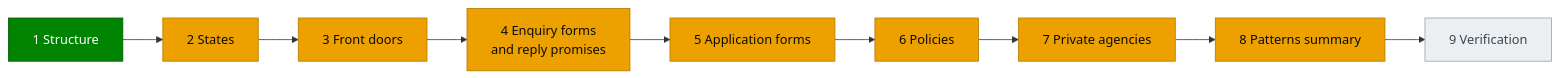
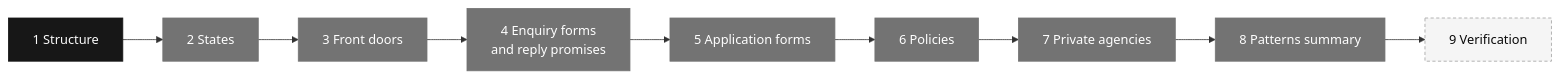
One commit to jamiegannaway/kinderform changed the diagram in docs/us-survey-plan.md. Above: the diagram before and after it, drawn with Mermaid. The commit also changed other lines of this file and 19 other files, not shown here.

First line of the commit message:
Charts: shadcn/ui chart style on the site and in the GitHub charts

````diff
--- a/docs/us-survey-plan.md
+++ b/docs/us-survey-plan.md
@@ -29,16 +29,16 @@
 ```mermaid
 flowchart LR
     P1["1 Structure"]:::done
     P2["2 States"]:::partial
     P3["3 Front doors"]:::partial
     P4["4 Enquiry forms<br>and reply promises"]:::partial
     P5["5 Application forms"]:::partial
     P6["6 Policies"]:::partial
     P7["7 Private agencies"]:::partial
     P8["8 Patterns summary"]:::partial
     P9["9 Verification"]:::todo
     P1 --> P2 --> P3 --> P4 --> P5 --> P6 --> P7 --> P8 --> P9
-    classDef done fill:#008300,stroke:#005c00,color:#ffffff
-    classDef partial fill:#eda100,stroke:#b37a00,color:#0b0b0b
-    classDef todo fill:#eceff1,stroke:#90a4ae,color:#37474f
+    classDef done fill:#171717,stroke:#171717,color:#fafafa
+    classDef partial fill:#737373,stroke:#737373,color:#ffffff
+    classDef todo fill:#f5f5f5,stroke:#a1a1a1,color:#0a0a0a,stroke-dasharray:4 3
 ```
````
